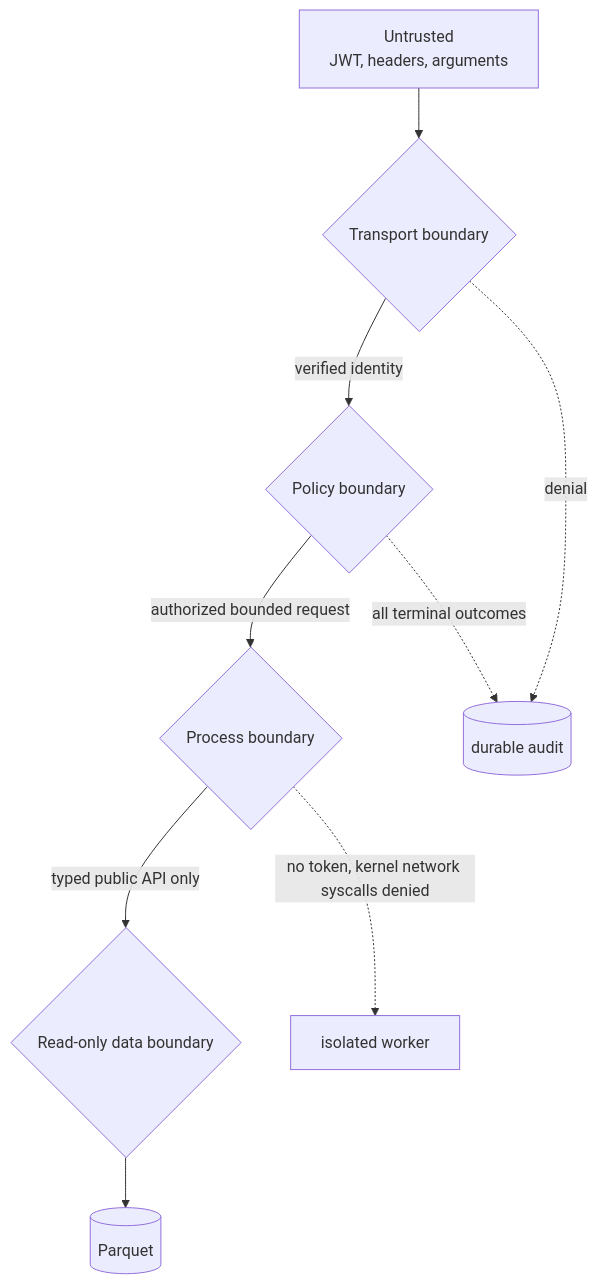
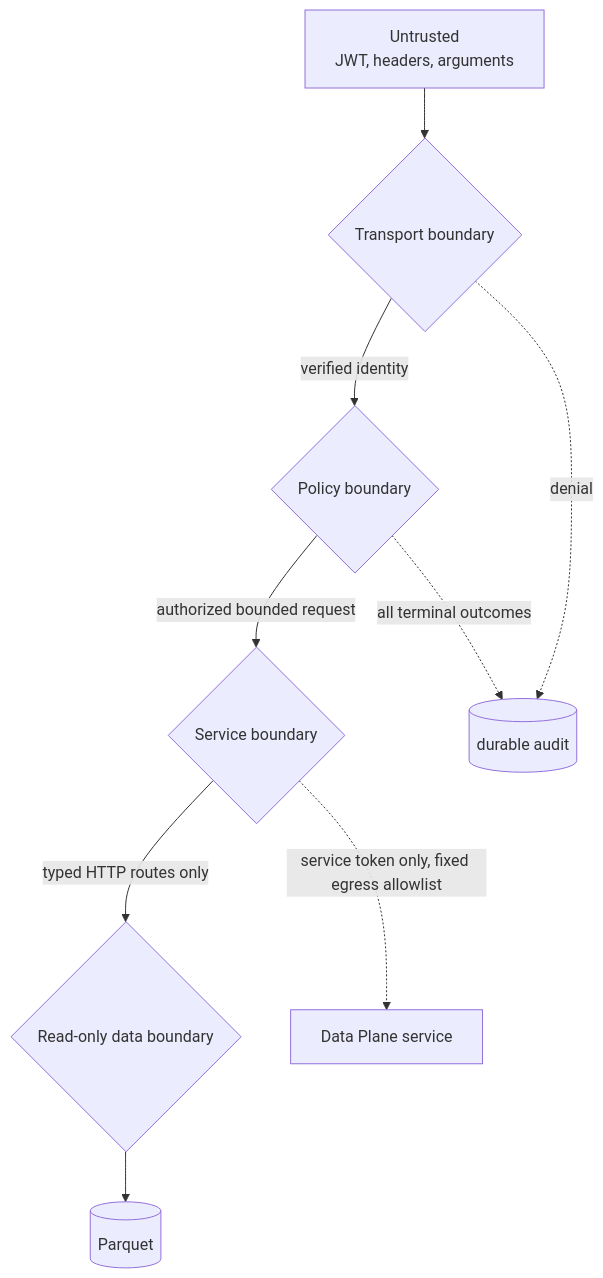
One commit to SiddarthaKoppaka/stram_quant_mcp changed the fourth of 5 diagrams in docs/explanation/architecture.md. Above: the diagram before and after it, drawn with Mermaid. The commit also changed other lines of this file and 9 other files, not shown here.

First line of the commit message:
docs: describe the HTTP Data Plane gateway and error model

````diff
--- a/docs/explanation/architecture.md
+++ b/docs/explanation/architecture.md
@@ -112,11 +129,11 @@
 ```mermaid
 flowchart TB
     U[Untrusted<br/>JWT, headers, arguments] --> B1{Transport boundary}
     B1 -->|verified identity| B2{Policy boundary}
-    B2 -->|authorized bounded request| B3{Process boundary}
-    B3 -->|typed public API only| B4{Read-only data boundary}
+    B2 -->|authorized bounded request| B3{Service boundary}
+    B3 -->|typed HTTP routes only| B4{Read-only data boundary}
     B4 --> L[(Parquet)]
     B1 -. denial .-> J[(durable audit)]
     B2 -. all terminal outcomes .-> J
-    B3 -. no token, kernel network syscalls denied .-> X[isolated worker]
+    B3 -. service token only, fixed egress allowlist .-> X[Data Plane service]
 ```
````
